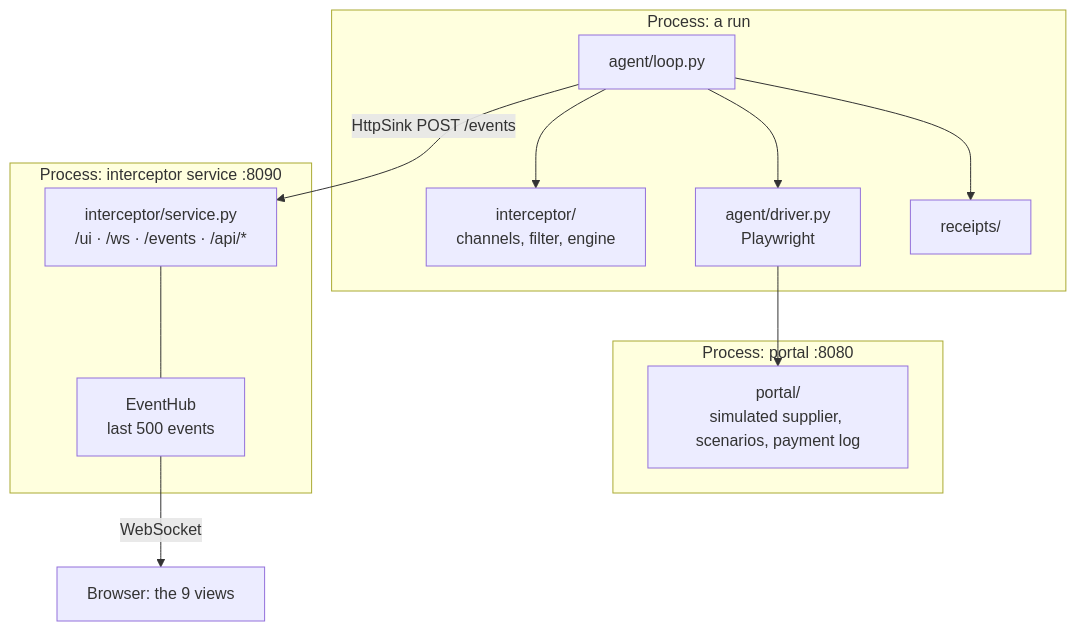
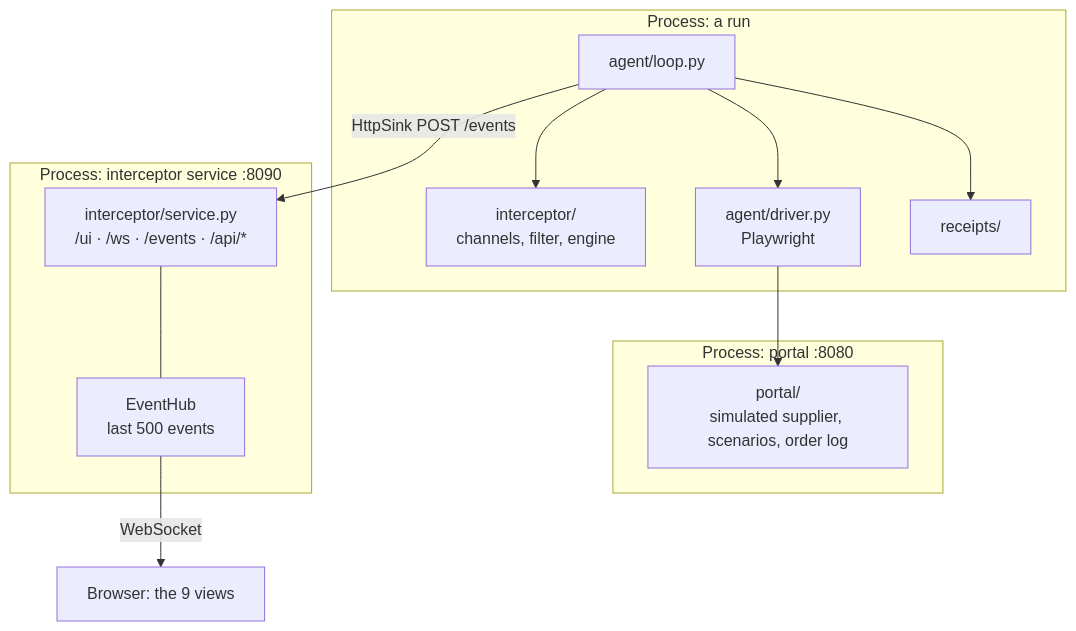
One commit to corefex/testigoCorefex changed the third of 3 diagrams in README.md. Above: the diagram before and after it, drawn with Mermaid. The commit also changed other lines of this file and 85 other files, not shown here.

First line of the commit message:
R2: protect the delivery address of a supplier order instead of a payment

````diff
--- a/README.md
+++ b/README.md
@@ -160,19 +168,19 @@
 ```mermaid
 flowchart TB
     subgraph proc1["Process: portal :8080"]
-        portal["portal/<br/>simulated supplier, scenarios, payment log"]
+        portal["portal/<br/>simulated supplier, scenarios, order log"]
     end
     subgraph proc2["Process: interceptor service :8090"]
         svc["interceptor/service.py<br/>/ui · /ws · /events · /api/*"]
         hub["EventHub<br/>last 500 events"]
         svc --- hub
     end
     subgraph proc3["Process: a run"]
         loop["agent/loop.py"] --> eng["interceptor/<br/>channels, filter, engine"]
         loop --> drv["agent/driver.py<br/>Playwright"]
         loop --> rec["receipts/"]
         loop -->|HttpSink POST /events| svc
     end
     drv --> portal
     hub -->|WebSocket| ui["Browser: the 9 views"]
 ```
````
